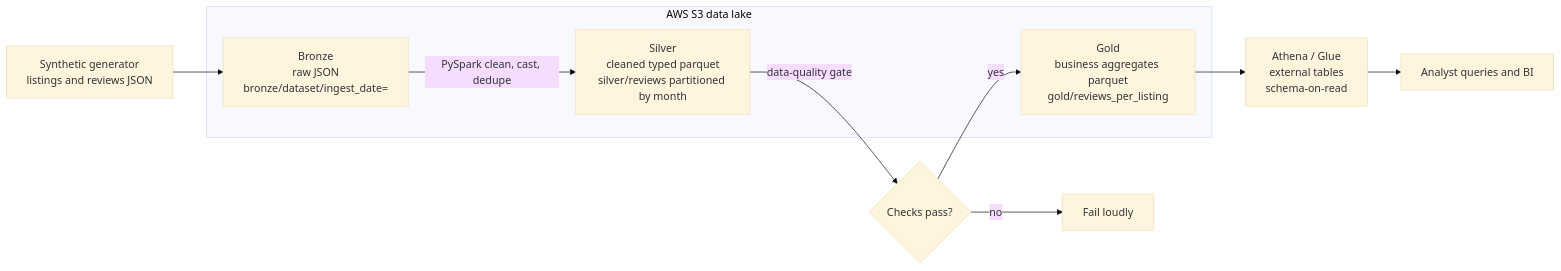
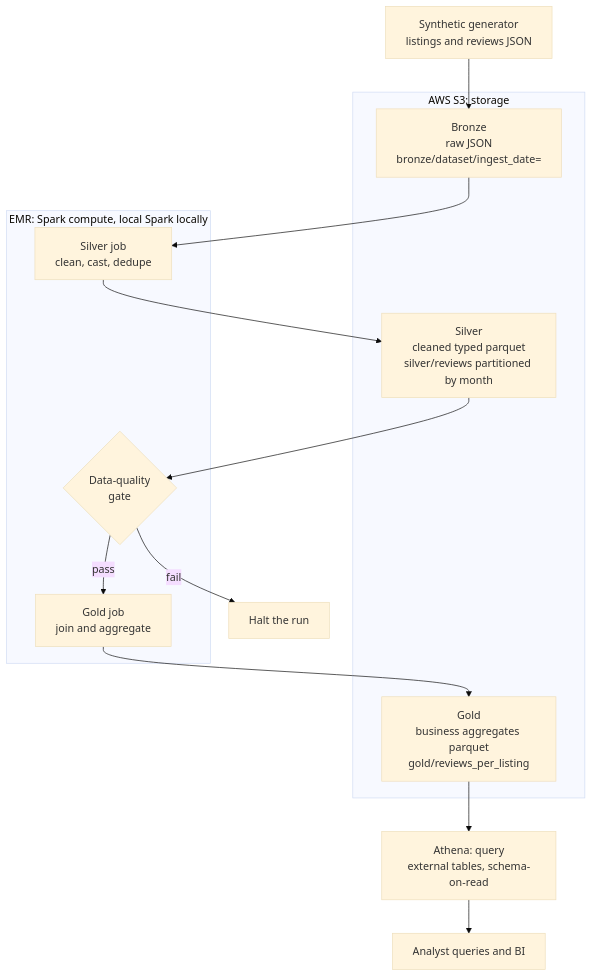
The diagram in README.md (calebnewtonusc/aws-data-lake-medallion), drawn with Mermaid (base theme) before and after one commit. The commit also changed other lines of this file and 1 other file, not shown here.

Commit message:
Represent the S3, EMR, and Athena trio explicitly in README and deploy docs

````diff
--- a/README.md
+++ b/README.md
@@ -13,17 +31,25 @@
 ```mermaid
-flowchart LR
+flowchart TB
     GEN[Synthetic generator<br/>listings and reviews JSON] --> BRONZE
 
-    subgraph S3[AWS S3 data lake]
+    subgraph S3[AWS S3: storage]
         BRONZE[Bronze<br/>raw JSON<br/>bronze/dataset/ingest_date=]
         SILVER[Silver<br/>cleaned typed parquet<br/>silver/reviews partitioned by month]
         GOLD[Gold<br/>business aggregates parquet<br/>gold/reviews_per_listing]
     end
 
-    BRONZE -->|PySpark clean, cast, dedupe| SILVER
-    SILVER -->|data-quality gate| QC{Checks pass?}
-    QC -->|no| FAIL[Fail loudly]
-    QC -->|yes| GOLD
-    GOLD --> ATHENA[Athena / Glue<br/>external tables<br/>schema-on-read]
+    subgraph EMR[EMR: Spark compute, local Spark locally]
+        SILVERJOB[Silver job<br/>clean, cast, dedupe]
+        QC{Data-quality<br/>gate}
+        GOLDJOB[Gold job<br/>join and aggregate]
+    end
+
+    BRONZE --> SILVERJOB
+    SILVERJOB --> SILVER
+    SILVER --> QC
+    QC -->|fail| FAIL[Halt the run]
+    QC -->|pass| GOLDJOB
+    GOLDJOB --> GOLD
+    GOLD --> ATHENA[Athena: query<br/>external tables, schema-on-read]
     ATHENA --> BI[Analyst queries and BI]
 ```
````
